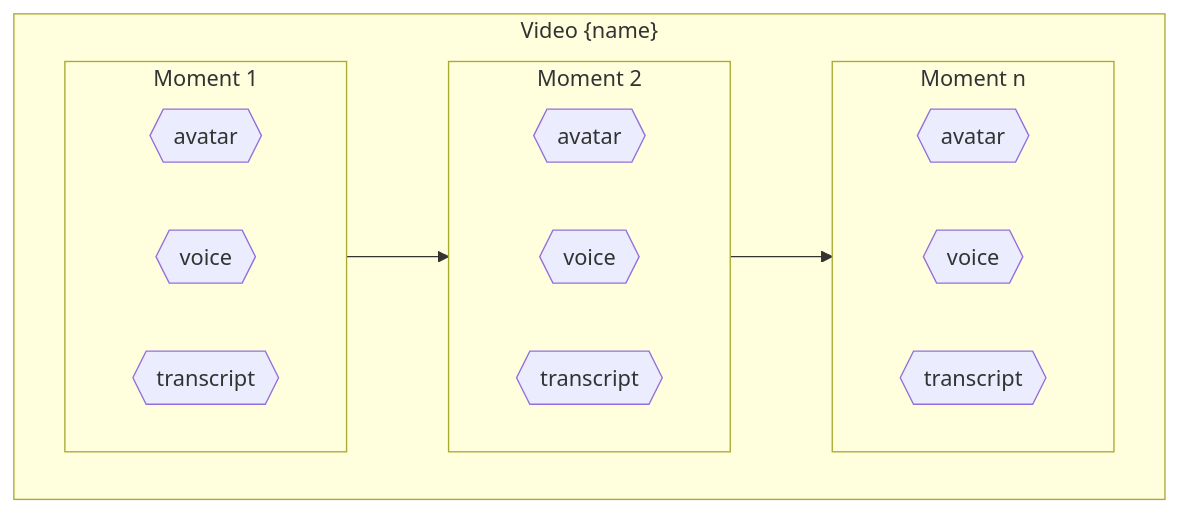
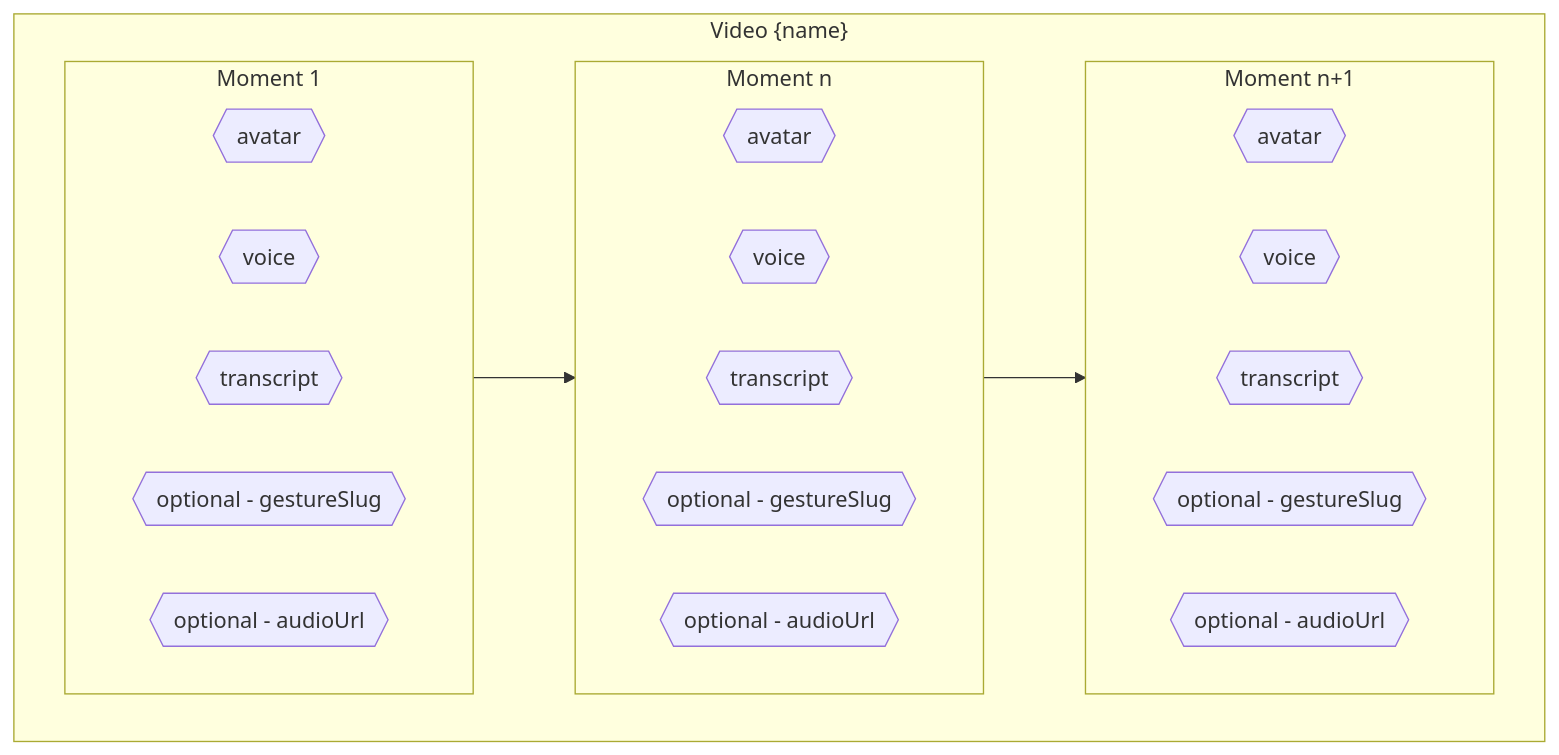
Before and after one commit to argildotai/app-docs: the diagram in pages/get-started/quickstart.mdx, drawn with Mermaid. The commit also changed other lines of this file and 2 other files, not shown here.

Commit message:
Update doc: new auth system + new gesture system

````diff
--- a/pages/get-started/quickstart.mdx
+++ b/pages/get-started/quickstart.mdx
@@ -48,26 +54,32 @@
     ```mermaid
     flowchart TB
         subgraph video["Video {name}"]
             direction LR
               subgraph subgraph1["Moment 1"]
                   direction LR
                   item1{{avatar}}
                   item2{{voice}}
                   item3{{transcript}}
+                  item4{{optional - gestureSlug}}
+                  item5{{optional - audioUrl}}
               end
-              subgraph subgraph2["Moment 2"]
+              subgraph subgraph2["Moment n"]
                   direction LR
-                  item4{{avatar}}
-                  item5{{voice}}
-                  item6{{transcript}}
+                  item6{{avatar}}
+                  item7{{voice}}
+                  item8{{transcript}}
+                  item9{{optional - gestureSlug}}
+                  item10{{optional - audioUrl}}
               end
-              subgraph subgraph3["Moment n"]
+              subgraph subgraph3["Moment n+1"]
                   direction LR
-                  item7{{avatar}}
-                  item8{{voice}}
-                  item9{{transcript}}
+                  item11{{avatar}}
+                  item12{{voice}}
+                  item13{{transcript}}
+                  item14{{optional - gestureSlug}}
+                  item15{{optional - audioUrl}}
               end
               subgraph1 --> subgraph2
               subgraph2 --> subgraph3
         end
     ```
````
